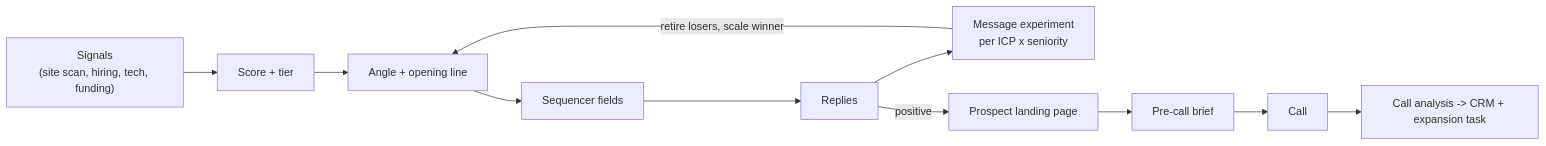
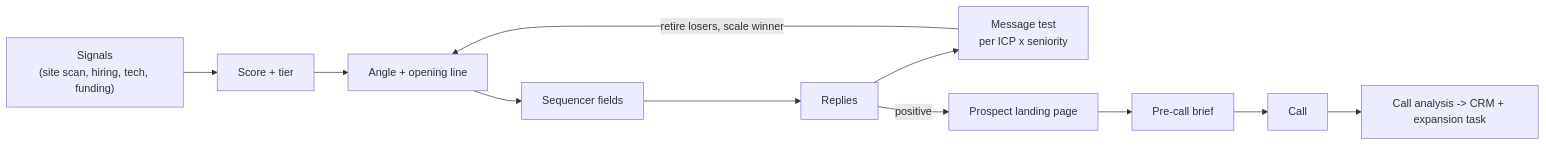
The diagram in projects/gtm-learning-engine/README.md (Tamisreal/gtm-systems-engineering), drawn with Mermaid before and after one commit. The commit also changed other lines of this file and 43 other files, not shown here.

````diff
--- a/projects/gtm-learning-engine/README.md
+++ b/projects/gtm-learning-engine/README.md
@@ -22,11 +34,11 @@
 ```mermaid
 flowchart LR
     S["Signals<br/>(site scan, hiring, tech, funding)"] --> SC["Score + tier"]
     SC --> AN["Angle + opening line"]
     AN --> SEQ["Sequencer fields"]
     SEQ --> R["Replies"]
-    R --> EXP["Message experiment<br/>per ICP x seniority"]
+    R --> EXP["Message test<br/>per ICP x seniority"]
     EXP -- "retire losers, scale winner" --> AN
     R -- positive --> LP["Prospect landing page"]
     LP --> BR["Pre-call brief"] --> CALL["Call"] --> CA["Call analysis -> CRM + expansion task"]
 ```
````
